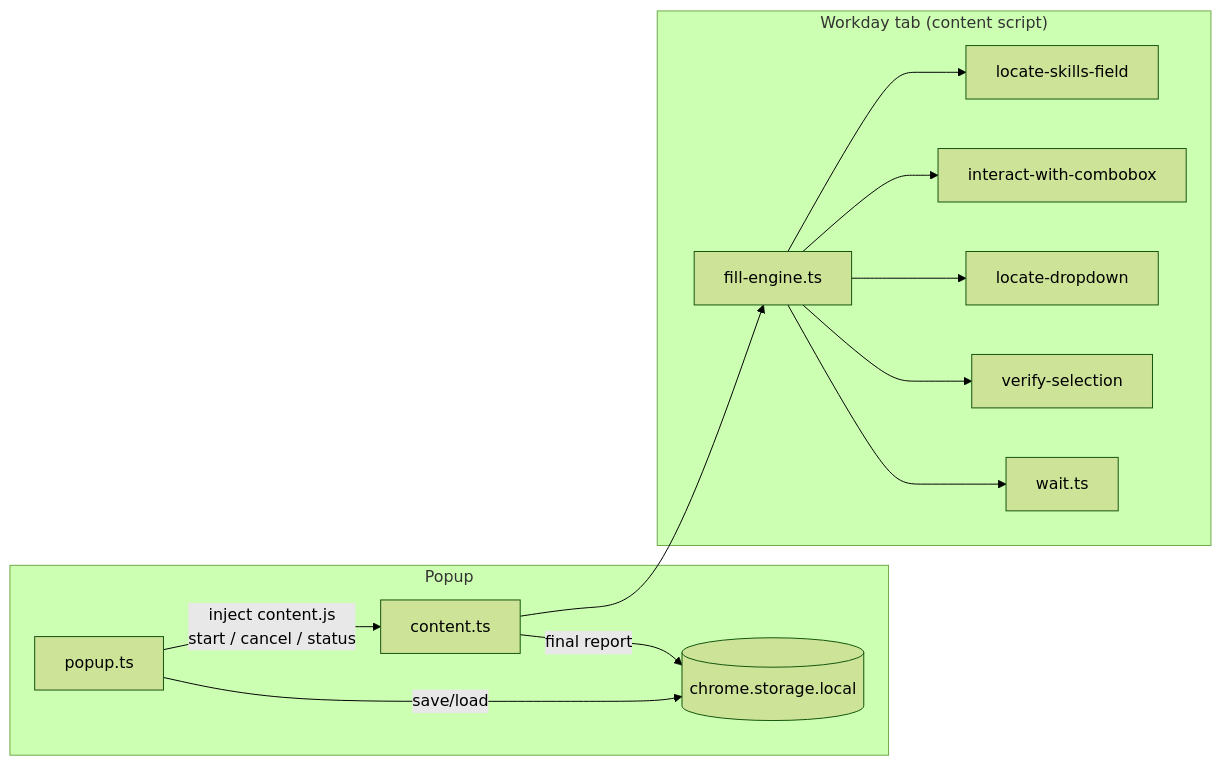
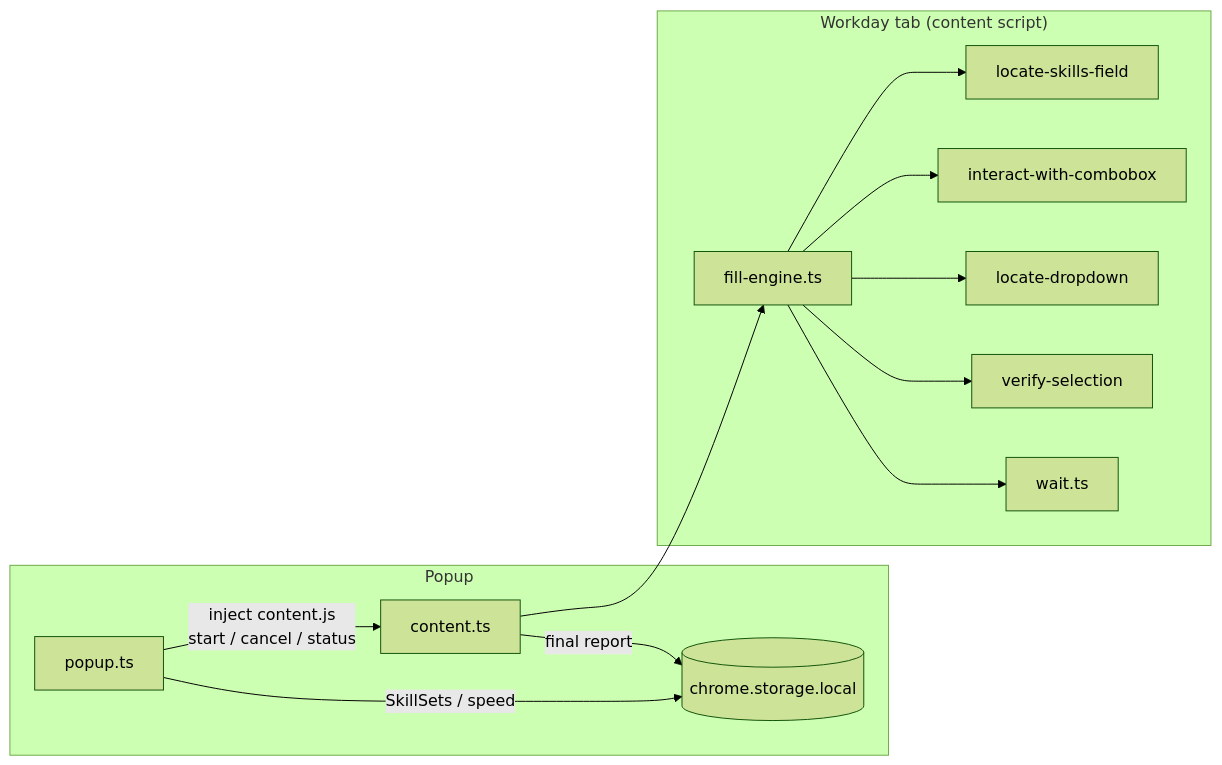
The diagram in README.md (aymansiddiki0-stack/SkillDock), drawn with Mermaid (forest theme) before and after one commit. The commit also changed other lines of this file, not shown here.

Commit message:
docs(readme): add v1.1.0 changelog, icon, and Chrome Web Store link

````diff
--- a/README.md
+++ b/README.md
@@ -94,16 +119,16 @@
 ```mermaid
 flowchart LR
   subgraph Popup
-    UI[popup.ts] -->|save/load| ST[(chrome.storage.local)]
+    UI[popup.ts] -->|SkillSets / speed| ST[(chrome.storage.local)]
     UI -->|inject content.js\nstart / cancel / status| CS
   end
   subgraph "Workday tab (content script)"
     CS[content.ts] --> ENG[fill-engine.ts]
     ENG --> LOC[locate-skills-field]
     ENG --> INP[interact-with-combobox]
     ENG --> DD[locate-dropdown]
     ENG --> VER[verify-selection]
     ENG --> W[wait.ts]
     CS -->|final report| ST
   end
 ```
````
